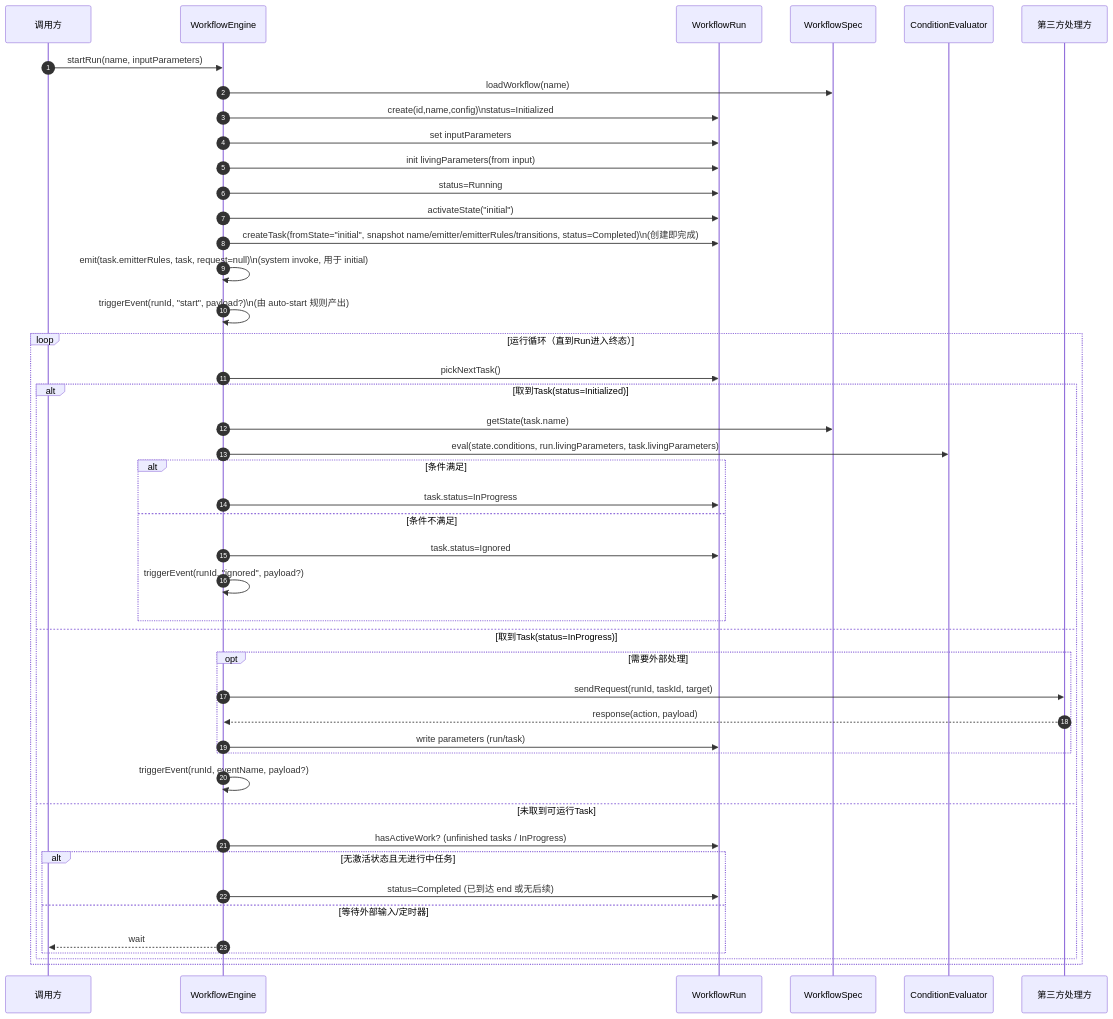
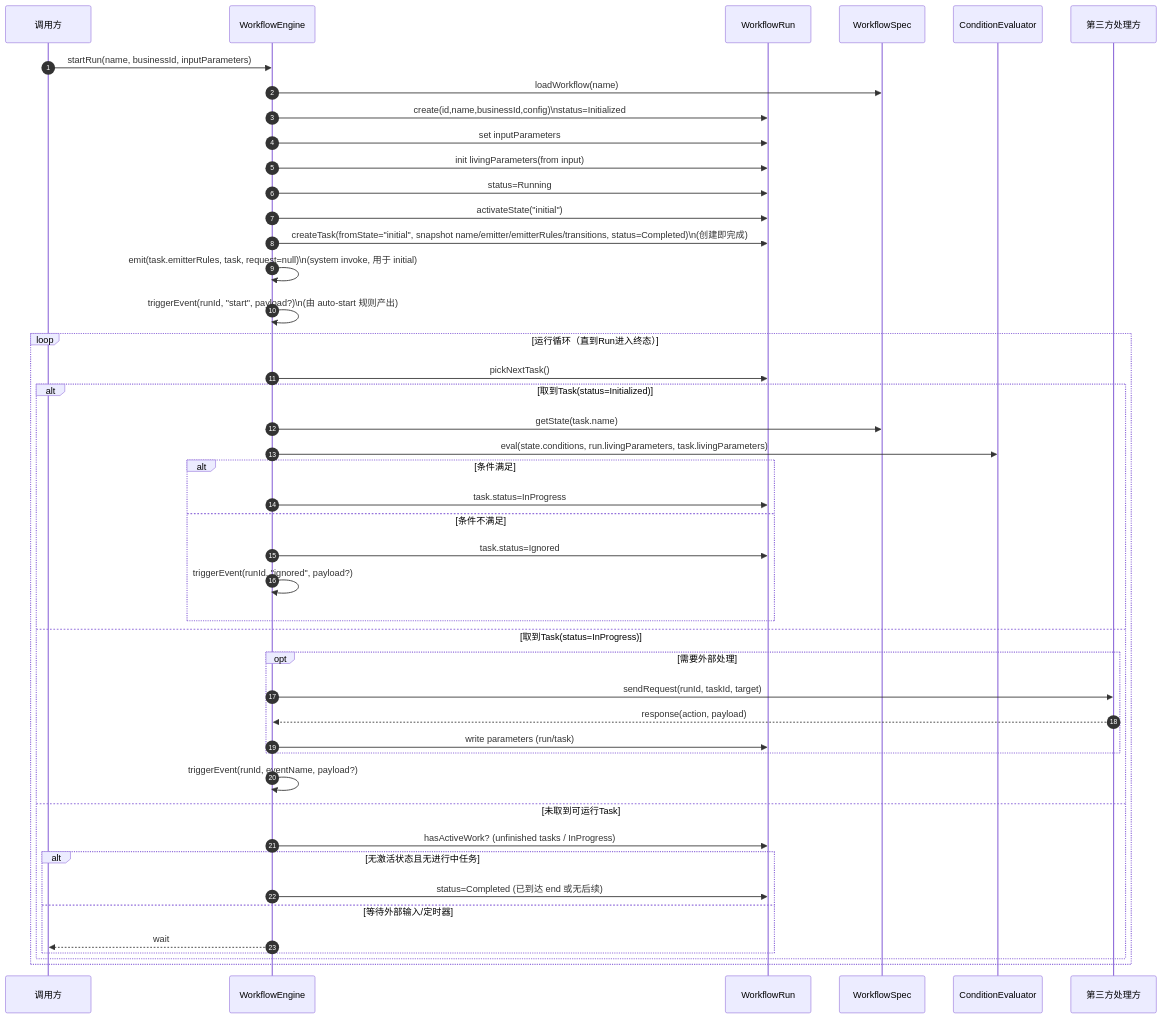
One commit to lchrennew/es-workflow changed the fourth of 8 diagrams in docs/design/20-runtime-domain.md. Above: the diagram before and after it, drawn with Mermaid. The commit also changed other lines of this file and 14 other files, not shown here.

````diff
--- a/docs/design/20-runtime-domain.md
+++ b/docs/design/20-runtime-domain.md
@@ -343,49 +343,49 @@
 ```mermaid
 sequenceDiagram
 autonumber
 participant Caller as 调用方
 participant Engine as WorkflowEngine
 participant Run as WorkflowRun
 participant Spec as WorkflowSpec
 participant Cond as ConditionEvaluator
 participant Third as 第三方处理方
 
-Caller->>Engine: startRun(name, inputParameters)
+Caller->>Engine: startRun(name, businessId, inputParameters)
 Engine->>Spec: loadWorkflow(name)
-Engine->>Run: create(id,name,config)\nstatus=Initialized
+Engine->>Run: create(id,name,businessId,config)\nstatus=Initialized
 Engine->>Run: set inputParameters
 Engine->>Run: init livingParameters(from input)
 Engine->>Run: status=Running
 Engine->>Run: activateState("initial")
 Engine->>Run: createTask(fromState="initial", snapshot name/emitter/emitterRules/transitions, status=Completed)\n(创建即完成)
 Engine->>Engine: emit(task.emitterRules, task, request=null)\n(system invoke, 用于 initial)
 Engine->>Engine: triggerEvent(runId, "start", payload?)\n(由 auto-start 规则产出)
 
 loop 运行循环（直到Run进入终态）
   Engine->>Run: pickNextTask()
   alt 取到Task(status=Initialized)
     Engine->>Spec: getState(task.name)
     Engine->>Cond: eval(state.conditions, run.livingParameters, task.livingParameters)
     alt 条件满足
       Engine->>Run: task.status=InProgress
     else 条件不满足
       Engine->>Run: task.status=Ignored
       Engine->>Engine: triggerEvent(runId, "ignored", payload?)
     end
   else 取到Task(status=InProgress)
     opt 需要外部处理
       Engine->>Third: sendRequest(runId, taskId, target)
       Third-->>Engine: response(action, payload)
       Engine->>Run: write parameters (run/task)
     end
     Engine->>Engine: triggerEvent(runId, eventName, payload?)
   else 未取到可运行Task
     Engine->>Run: hasActiveWork? (unfinished tasks / InProgress)
     alt 无激活状态且无进行中任务
       Engine->>Run: status=Completed (已到达 end 或无后续)
     else 等待外部输入/定时器
       Engine-->>Caller: wait
     end
   end
 end
 ```
````
